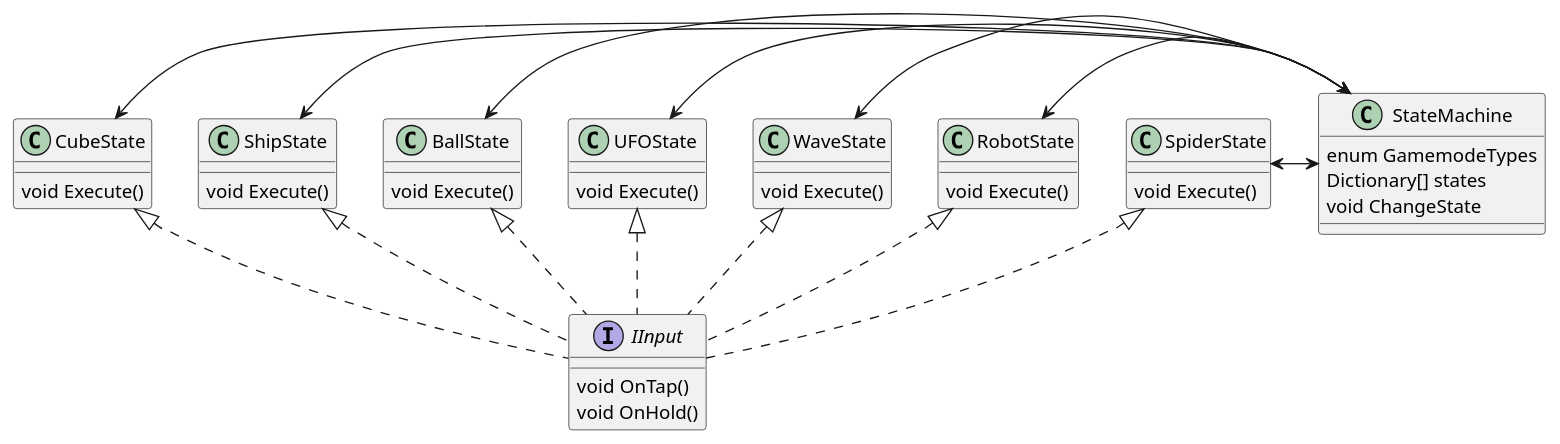
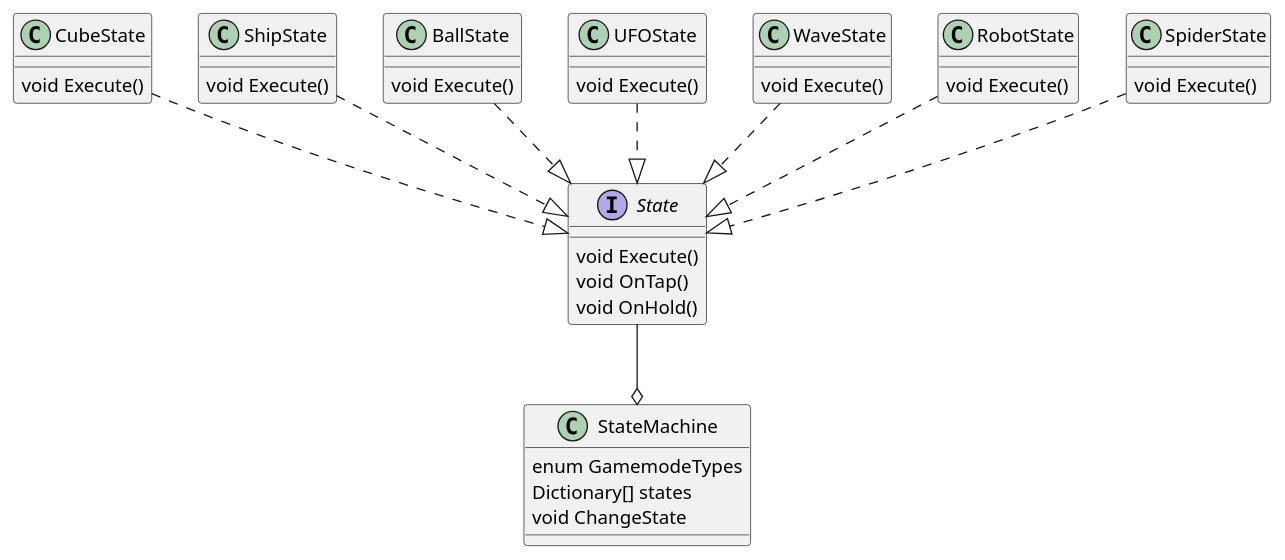
Before and after one commit to Roboolet/DomainDecompositionUML: the diagram in masterfile.plantuml, drawn with PlantUML.

Commit message:
Final version, now inherits from state interface

```diff
--- a/masterfile.plantuml
+++ b/masterfile.plantuml
@@ -1,58 +1,52 @@
 @startuml Geometry Dash Hierarchy
 ' <|-- Extension
 ' *-- Composition
 ' o-- Aggregation
 ' <|.. dotted line
 
 ' Dion's section, gamemodes  
-interface IInput {
+interface State {
+    void Execute()
     void OnTap()
     void OnHold()
 }
 
 class CubeState {
     void Execute()
 }
 class ShipState {
     void Execute()
 }
 class BallState {
     void Execute()
 }
 class UFOState {
     void Execute()
 }
 class WaveState {
     void Execute()
 }
 class RobotState {
     void Execute()
 }
 class SpiderState {
     void Execute()
 }
 
 class StateMachine {
     enum GamemodeTypes
     Dictionary[] states
     void ChangeState
 }
 
 ' Connections 
-CubeState <|.. IInput
-ShipState <|.. IInput
-BallState <|.. IInput
-UFOState <|.. IInput
-WaveState <|.. IInput
-RobotState <|.. IInput
-SpiderState <|.. IInput
+CubeState ..|> State
+ShipState ..|> State
+BallState ..|> State
+UFOState ..|> State
+WaveState ..|> State
+RobotState ..|> State
+SpiderState ..|> State
 
-CubeState <-> StateMachine
-ShipState <-> StateMachine
-BallState <-> StateMachine
-UFOState <-> StateMachine
-WaveState <-> StateMachine
-RobotState <-> StateMachine
-SpiderState <-> StateMachine
-
+State --o StateMachine
 @enduml 
```
